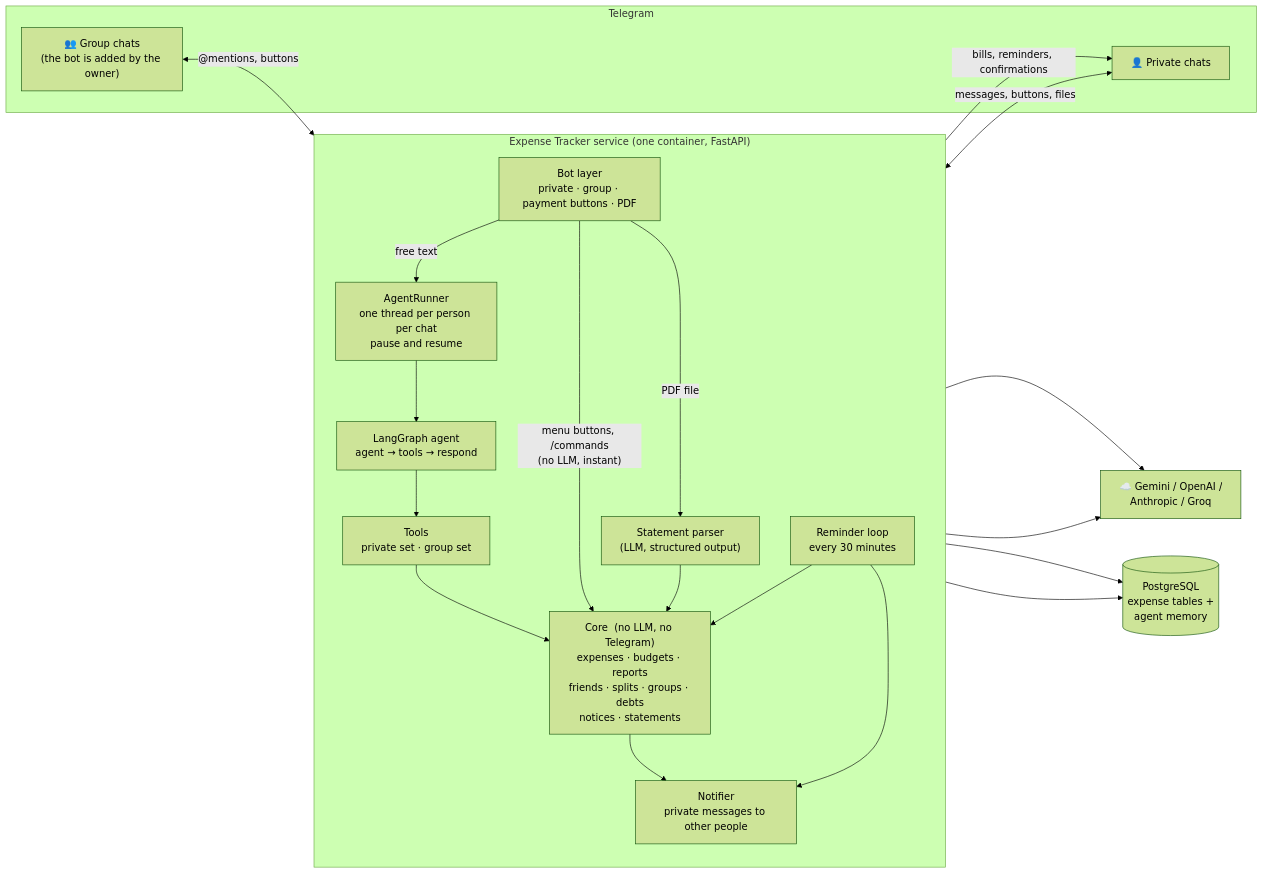
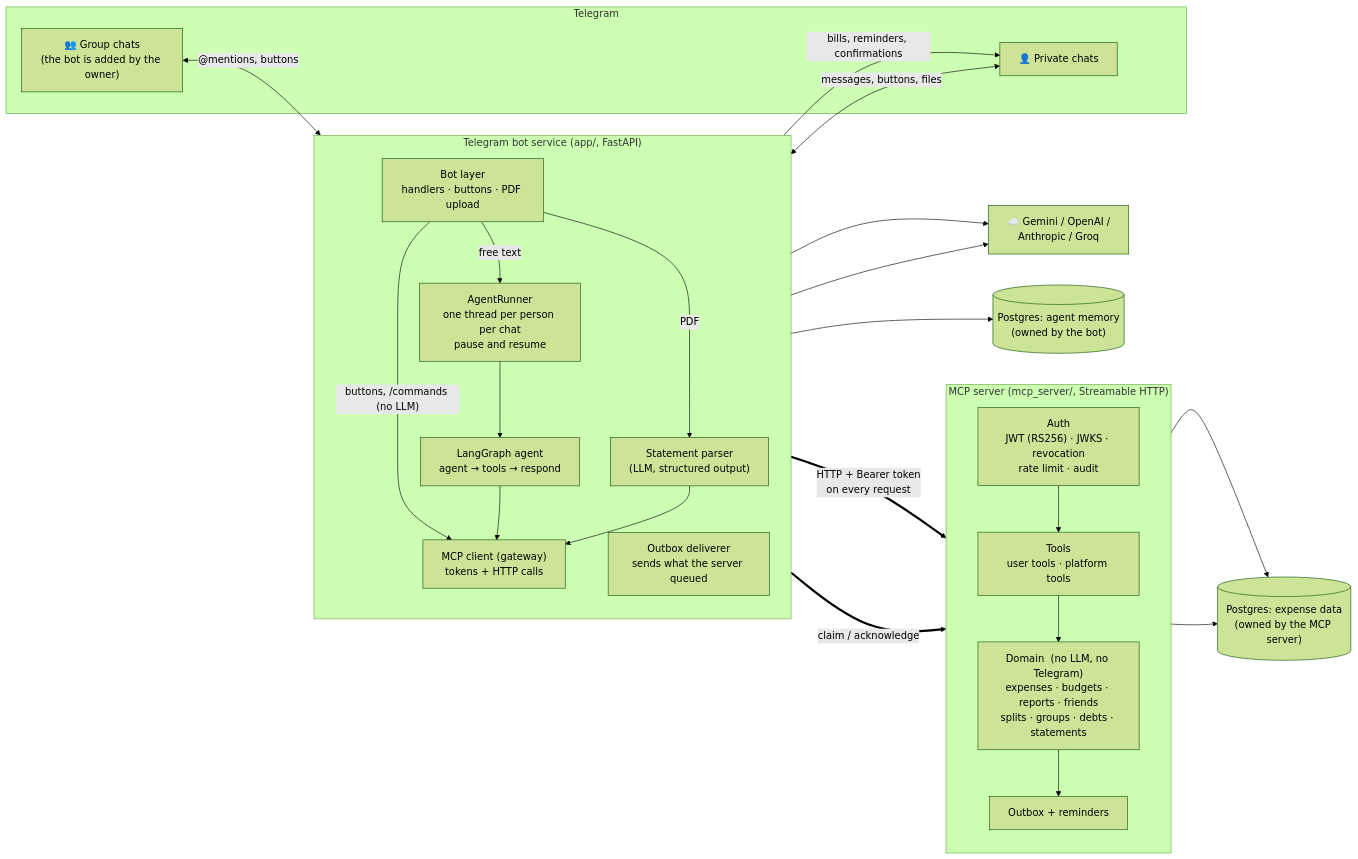
Before and after one commit to yeturu-surya-fission/Expense_Tracker: the first of 7 diagrams in docs/ARCHITECTURE.md, drawn with Mermaid (forest theme). The commit also changed other lines of this file and 132 other files, not shown here.

````diff
--- a/docs/ARCHITECTURE.md
+++ b/docs/ARCHITECTURE.md
@@ -12,36 +18,44 @@
 ```mermaid
 flowchart LR
     subgraph TGR["Telegram"]
         PC["👤 Private chats"]
         GC["👥 Group chats<br/>(the bot is added by the owner)"]
     end
 
-    subgraph SVC["Expense Tracker service  (one container, FastAPI)"]
+    subgraph BOTSVC["Telegram bot service  (app/, FastAPI)"]
         direction TB
-        BOT["Bot layer<br/>private · group · payment buttons · PDF"]
+        BOT["Bot layer<br/>handlers · buttons · PDF upload"]
         RUN["AgentRunner<br/>one thread per person per chat<br/>pause and resume"]
         AG["LangGraph agent<br/>agent → tools → respond"]
-        TOOLS["Tools<br/>private set  ·  group set"]
-        CORE["Core  (no LLM, no Telegram)<br/>expenses · budgets · reports<br/>friends · splits · groups · debts<br/>notices · statements"]
         PARSER["Statement parser<br/>(LLM, structured output)"]
-        NOT["Notifier<br/>private messages to other people"]
-        REM["Reminder loop<br/>every 30 minutes"]
+        CLI["MCP client (gateway)<br/>tokens + HTTP calls"]
+        OUT["Outbox deliverer<br/>sends what the server queued"]
+    end
+
+    subgraph MCPSVC["MCP server  (mcp_server/, Streamable HTTP)"]
+        direction TB
+        AUTH["Auth<br/>JWT (RS256) · JWKS · revocation<br/>rate limit · audit"]
+        TOOLS["Tools<br/>user tools · platform tools"]
+        DOM["Domain  (no LLM, no Telegram)<br/>expenses · budgets · reports · friends<br/>splits · groups · debts · statements"]
+        OBX["Outbox + reminders"]
     end
 
     LLM["☁️ Gemini / OpenAI /<br/>Anthropic / Groq"]
-    DB[("PostgreSQL<br/>expense tables +<br/>agent memory")]
+    DB1[("Postgres: expense data<br/>(owned by the MCP server)")]
+    DB2[("Postgres: agent memory<br/>(owned by the bot)")]
 
     PC <-->|"messages, buttons, files"| BOT
     GC <-->|"@mentions, buttons"| BOT
-    BOT -->|"free text"| RUN --> AG --> TOOLS --> CORE
-    BOT -->|"menu buttons, /commands<br/>(no LLM, instant)"| CORE
-    BOT -->|"PDF file"| PARSER --> CORE
+    BOT -->|"free text"| RUN --> AG
+    BOT -->|"buttons, /commands (no LLM)"| CLI
+    BOT -->|"PDF"| PARSER
     AG --> LLM
     PARSER --> LLM
-    CORE --> DB
-    AG --> DB
-    CORE --> NOT
-    NOT -->|"bills, reminders, confirmations"| PC
-    REM --> CORE
-    REM --> NOT
+    AG --> CLI
+    PARSER --> CLI
+    CLI ==>|"HTTP + Bearer token<br/>on every request"| AUTH --> TOOLS --> DOM --> DB1
+    DOM --> OBX --> DB1
+    OUT ==>|"claim / acknowledge"| TOOLS
+    OUT -->|"bills, reminders, confirmations"| PC
+    AG --> DB2
 ```
````
